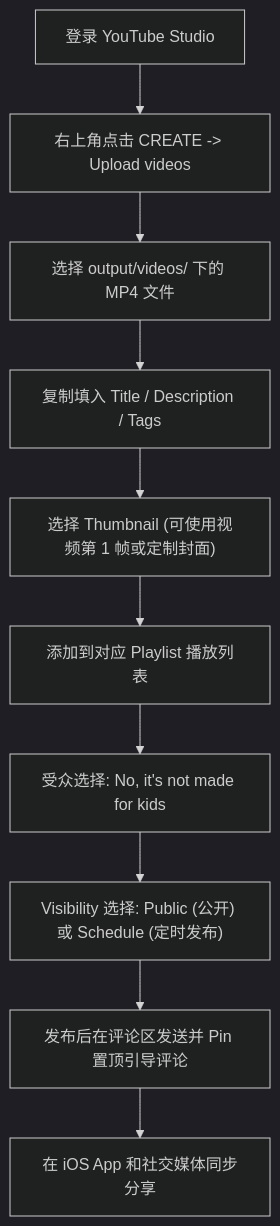
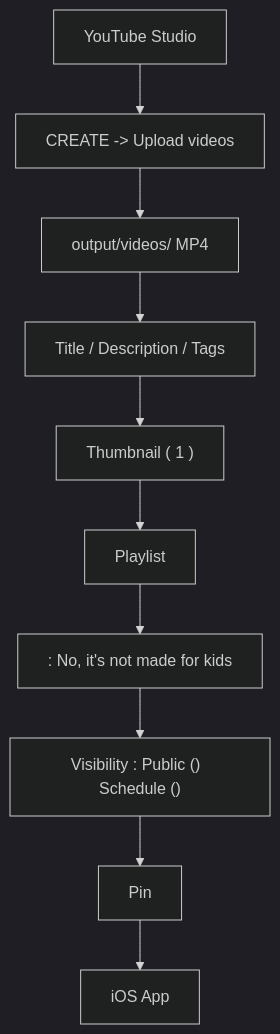
One commit to decnet105/tokyoflow changed the diagram in docs/YOUTUBE_LAUNCH_KIT.md. Above: the diagram before and after it, drawn with Mermaid (dark theme). The commit also changed other lines of this file and 31899 other files, not shown here.

First line of the commit message:
feat(videogen): standardize dual-playlist architecture, authentic cultural insights, and single-path release pipeline

````diff
--- a/docs/YOUTUBE_LAUNCH_KIT.md
+++ b/docs/YOUTUBE_LAUNCH_KIT.md
@@ -354,12 +354,12 @@
 ```mermaid
 flowchart TD
-    A["登录 YouTube Studio"] --> B["右上角点击 CREATE -> Upload videos"]
-    B --> C["选择 output/videos/ 下的 MP4 文件"]
-    C --> D["复制填入 Title / Description / Tags"]
-    D --> E["选择 Thumbnail (可使用视频第 1 帧或定制封面)"]
-    E --> F["添加到对应 Playlist 播放列表"]
-    F --> G["受众选择: No, it's not made for kids"]
-    G --> H["Visibility 选择: Public (公开) 或 Schedule (定时发布)"]
-    H --> I["发布后在评论区发送并 Pin 置顶引导评论"]
-    I --> J["在 iOS App 和社交媒体同步分享"]
+    A[" YouTube Studio"] --> B[" CREATE -> Upload videos"]
+    B --> C[" output/videos/  MP4 "]
+    C --> D[" Title / Description / Tags"]
+    D --> E[" Thumbnail ( 1 )"]
+    E --> F[" Playlist "]
+    F --> G[": No, it's not made for kids"]
+    G --> H["Visibility : Public ()  Schedule ()"]
+    H --> I[" Pin "]
+    I --> J[" iOS App "]
 ```
````
